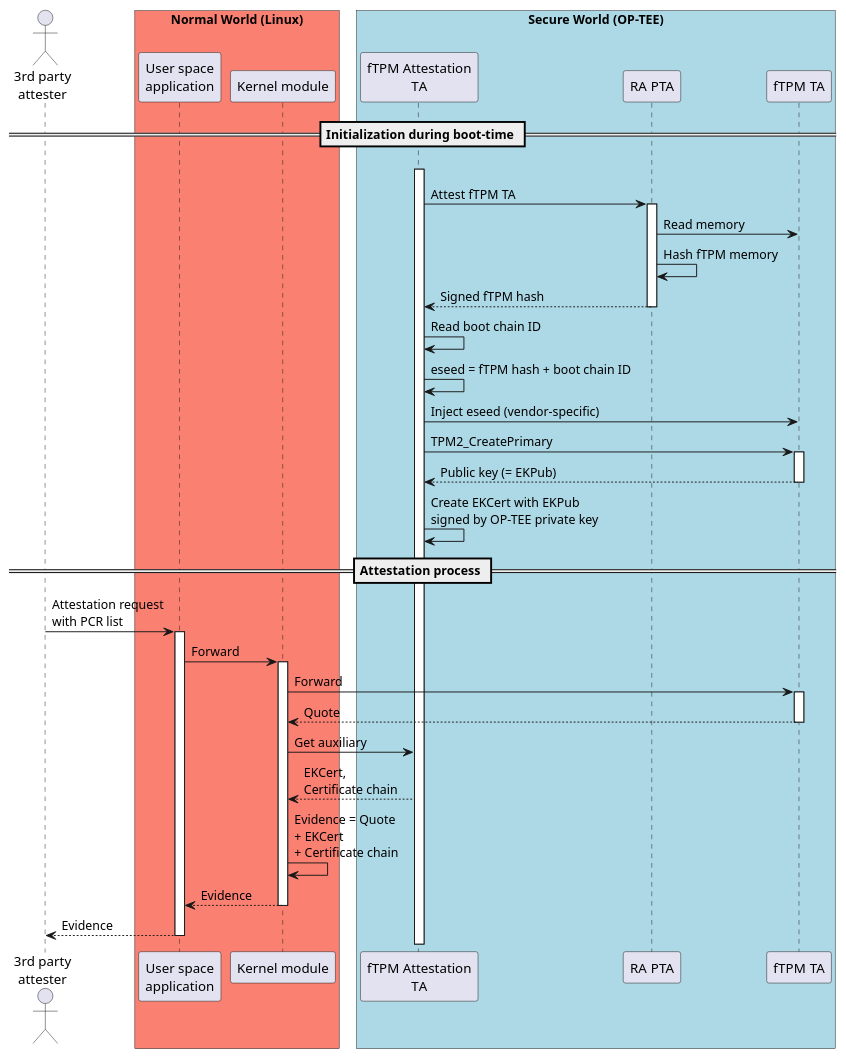
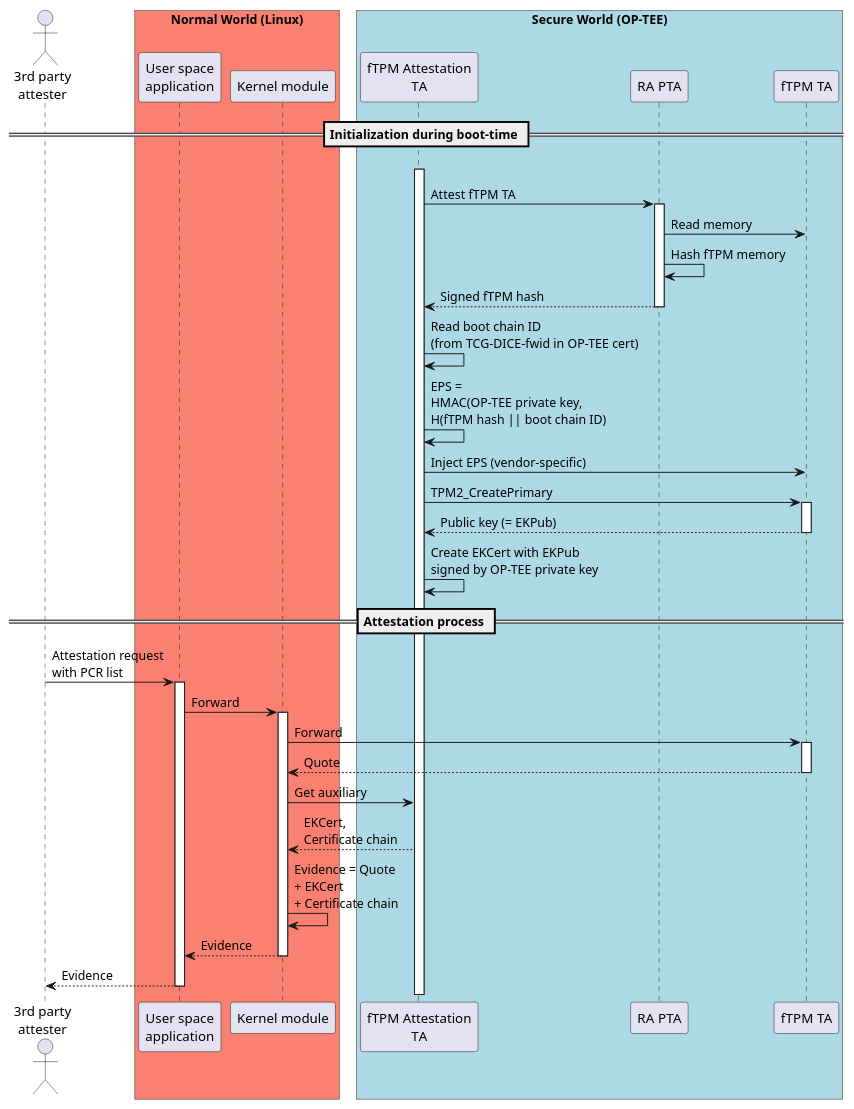
Before and after one commit to akorb/master-thesis: the diagram in figures/sequence_diagram.puml, drawn with PlantUML. The commit also changed 3 other files, not shown here.

```diff
--- a/figures/sequence_diagram.puml
+++ b/figures/sequence_diagram.puml
@@ -1,56 +1,58 @@
 @startuml sequence diagram
 
 
 
 actor "3rd party\nattester"
 
 == Initialization during boot-time ==
 
 'activate "fTPM Attestation\nTA"
 '?-> "fTPM Attestation\nTA": Triggered\nby OP-TEE
 "fTPM Attestation\nTA" -[hidden]-> "fTPM Attestation\nTA" ++
 
 "fTPM Attestation\nTA" -> "RA PTA" ++: Attest fTPM TA
 
 "RA PTA" -> "fTPM TA": Read memory
 "RA PTA" -> "RA PTA": Hash fTPM memory
 "fTPM Attestation\nTA" <-- "RA PTA" --: Signed fTPM hash
 
-"fTPM Attestation\nTA" -> "fTPM Attestation\nTA": Read boot chain ID
+' From https://trustedcomputinggroup.org/wp-content/uploads/TCG-DICE-Arch-Implicit-Identity-Based-Device-Attestation-v1-rev93.pdf
+"fTPM Attestation\nTA" -> "fTPM Attestation\nTA": Read boot chain ID\n(from TCG-DICE-fwid in OP-TEE cert)
 
-"fTPM Attestation\nTA" -> "fTPM Attestation\nTA": eseed = fTPM hash + boot chain ID
-"fTPM Attestation\nTA" -> "fTPM TA": Inject eseed (vendor-specific)
+' Formula from https://www.trustedcomputinggroup.org/wp-content/uploads/Device-Identifier-Composition-Engine-Rev69_Public-Review.pdf
+"fTPM Attestation\nTA" -> "fTPM Attestation\nTA": EPS =\nHMAC(OP-TEE private key,\nH(fTPM hash || boot chain ID)
+"fTPM Attestation\nTA" -> "fTPM TA": Inject EPS (vendor-specific)
 
 "fTPM Attestation\nTA" -> "fTPM TA" ++: TPM2_CreatePrimary
 "fTPM Attestation\nTA" <-- "fTPM TA" --: Public key (= EKPub)
 
 "fTPM Attestation\nTA" -> "fTPM Attestation\nTA": Create EKCert with EKPub\nsigned by OP-TEE private key
 
 
 
 == Attestation process ==
 
 "3rd party\nattester" -> "User space\napplication" ++: Attestation request\nwith PCR list
 "User space\napplication" -> "Kernel module" ++: Forward
 
 "Kernel module" -> "fTPM TA" ++: Forward
 "Kernel module" <-- "fTPM TA" --: Quote
 "Kernel module" -> "fTPM Attestation\nTA": Get auxiliary
 "Kernel module" <-- "fTPM Attestation\nTA": EKCert,\nCertificate chain
 "Kernel module" -> "Kernel module": Evidence = Quote\n+ EKCert\n+ Certificate chain
 "User space\napplication" <-- "Kernel module" --: Evidence
 "3rd party\nattester" <-- "User space\napplication" --: Evidence
 
 
 box "Normal World (Linux)" #Salmon
 participant "User space\napplication"
 participant "Kernel module"
 end box
 
 box "Secure World (OP-TEE)" #LightBlue
 participant "fTPM Attestation\nTA"
 participant "RA PTA"
 participant "fTPM TA"
 end box
 
 @enduml
```
